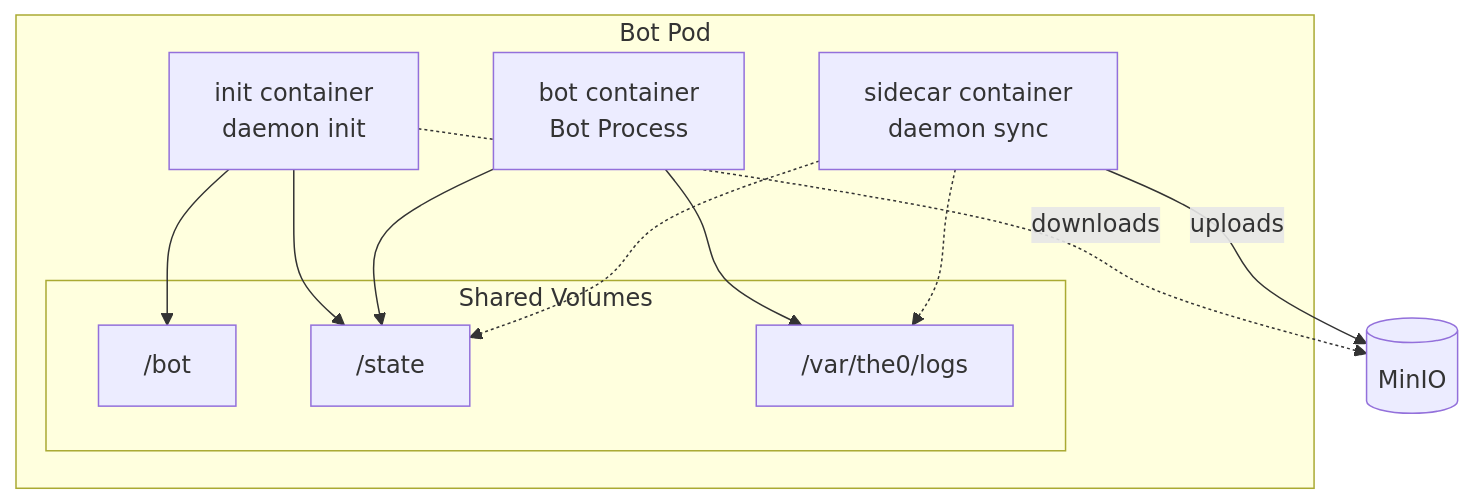
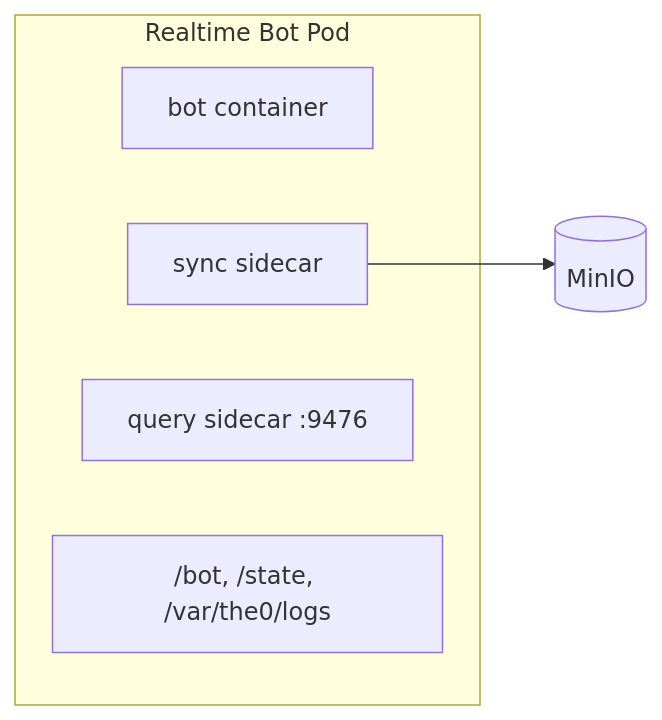
One commit to alexanderwanyoike/the0 changed the second of 3 diagrams in runtime/internal/k8s/README.md. Above: the diagram before and after it, drawn with Mermaid. The commit also changed other lines of this file and 2 other files, not shown here.

First line of the commit message:
docs: Update runtime documentation with query system and architecture

````diff
--- a/runtime/internal/k8s/README.md
+++ b/runtime/internal/k8s/README.md
@@ -32,25 +46,11 @@
 ```mermaid
-flowchart TB
-    subgraph Pod["Bot Pod"]
-        Init["init container<br/>daemon init"]
-        Sync["sidecar container<br/>daemon sync"]
-        Bot["bot container<br/>Bot Process"]
-
-        subgraph Volumes["Shared Volumes"]
-            Code["/bot"]
-            State["/state"]
-            Logs["/var/the0/logs"]
-        end
-
-        Init --> Code
-        Init --> State
-        Bot --> State
-        Bot --> Logs
-        Sync -.-> State
-        Sync -.-> Logs
+flowchart LR
+    subgraph Pod["Realtime Bot Pod"]
+        Bot["bot container"]
+        Sync["sync sidecar"]
+        Query["query sidecar :9476"]
+        Volumes["/bot, /state, /var/the0/logs"]
     end
 
-    MinIO[(MinIO)]
-    Init -.->|downloads| MinIO
-    Sync -->|uploads| MinIO
+    Sync --> MinIO[(MinIO)]
 ```
````
